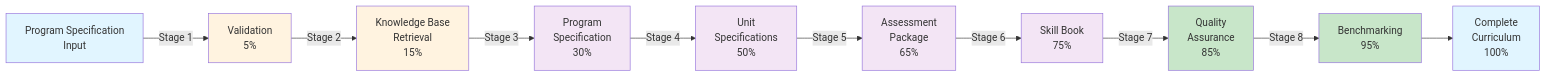
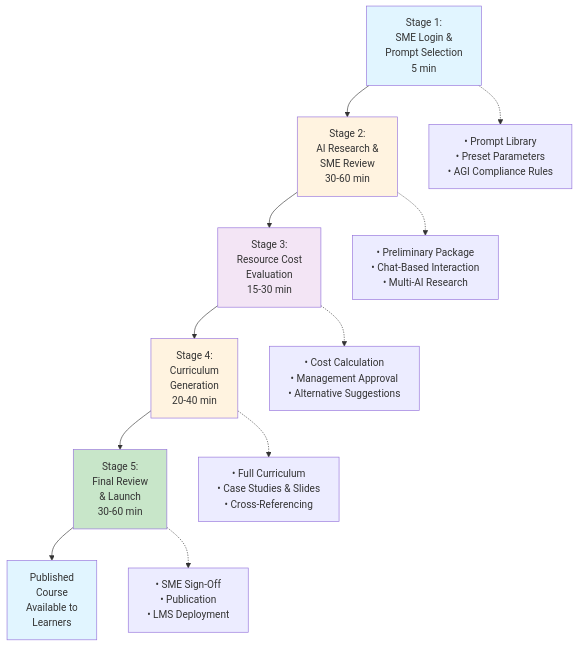
Before and after one commit to viditkbhatnagar/CurriculumGenerator: the second of 23 diagrams in WORKFLOW_DOCUMENT.md, drawn with Mermaid. The commit also changed other lines of this file and 21 other files, not shown here.

````diff
--- a/WORKFLOW_DOCUMENT.md
+++ b/WORKFLOW_DOCUMENT.md
@@ -160,23 +168,21 @@
 ```mermaid
-graph LR
-    Input["Program Specification<br/>Input"] -->|Stage 1| V["Validation<br/>5%"]
-    V -->|Stage 2| KB["Knowledge Base<br/>Retrieval<br/>15%"]
-    KB -->|Stage 3| PS["Program<br/>Specification<br/>30%"]
-    PS -->|Stage 4| US["Unit<br/>Specifications<br/>50%"]
-    US -->|Stage 5| AP["Assessment<br/>Package<br/>65%"]
-    AP -->|Stage 6| SB["Skill Book<br/>75%"]
-    SB -->|Stage 7| QA["Quality<br/>Assurance<br/>85%"]
-    QA -->|Stage 8| BM["Benchmarking<br/>95%"]
-    BM --> Output["Complete<br/>Curriculum<br/>100%"]
+graph TB
+    Stage1["Stage 1:<br/>SME Login &<br/>Prompt Selection<br/>5 min"] --> Stage2["Stage 2:<br/>AI Research &<br/>SME Review<br/>30-60 min"]
+    Stage2 --> Stage3["Stage 3:<br/>Resource Cost<br/>Evaluation<br/>15-30 min"]
+    Stage3 --> Stage4["Stage 4:<br/>Curriculum<br/>Generation<br/>20-40 min"]
+    Stage4 --> Stage5["Stage 5:<br/>Final Review<br/>& Launch<br/>30-60 min"]
+    Stage5 --> Output["Published<br/>Course<br/>Available to<br/>Learners"]
 
-    style Input fill:#e1f5ff
-    style V fill:#fff3e0
-    style KB fill:#fff3e0
-    style PS fill:#f3e5f5
-    style US fill:#f3e5f5
-    style AP fill:#f3e5f5
-    style SB fill:#f3e5f5
-    style QA fill:#c8e6c9
-    style BM fill:#c8e6c9
+    Stage1 -.-> Details1["• Prompt Library<br/>• Preset Parameters<br/>• AGI Compliance Rules"]
+    Stage2 -.-> Details2["• Preliminary Package<br/>• Chat-Based Interaction<br/>• Multi-AI Research"]
+    Stage3 -.-> Details3["• Cost Calculation<br/>• Management Approval<br/>• Alternative Suggestions"]
+    Stage4 -.-> Details4["• Full Curriculum<br/>• Case Studies & Slides<br/>• Cross-Referencing"]
+    Stage5 -.-> Details5["• SME Sign-Off<br/>• Publication<br/>• LMS Deployment"]
+
+    style Stage1 fill:#e1f5ff
+    style Stage2 fill:#fff3e0
+    style Stage3 fill:#f3e5f5
+    style Stage4 fill:#fff3e0
+    style Stage5 fill:#c8e6c9
     style Output fill:#e1f5ff
 ```
````
